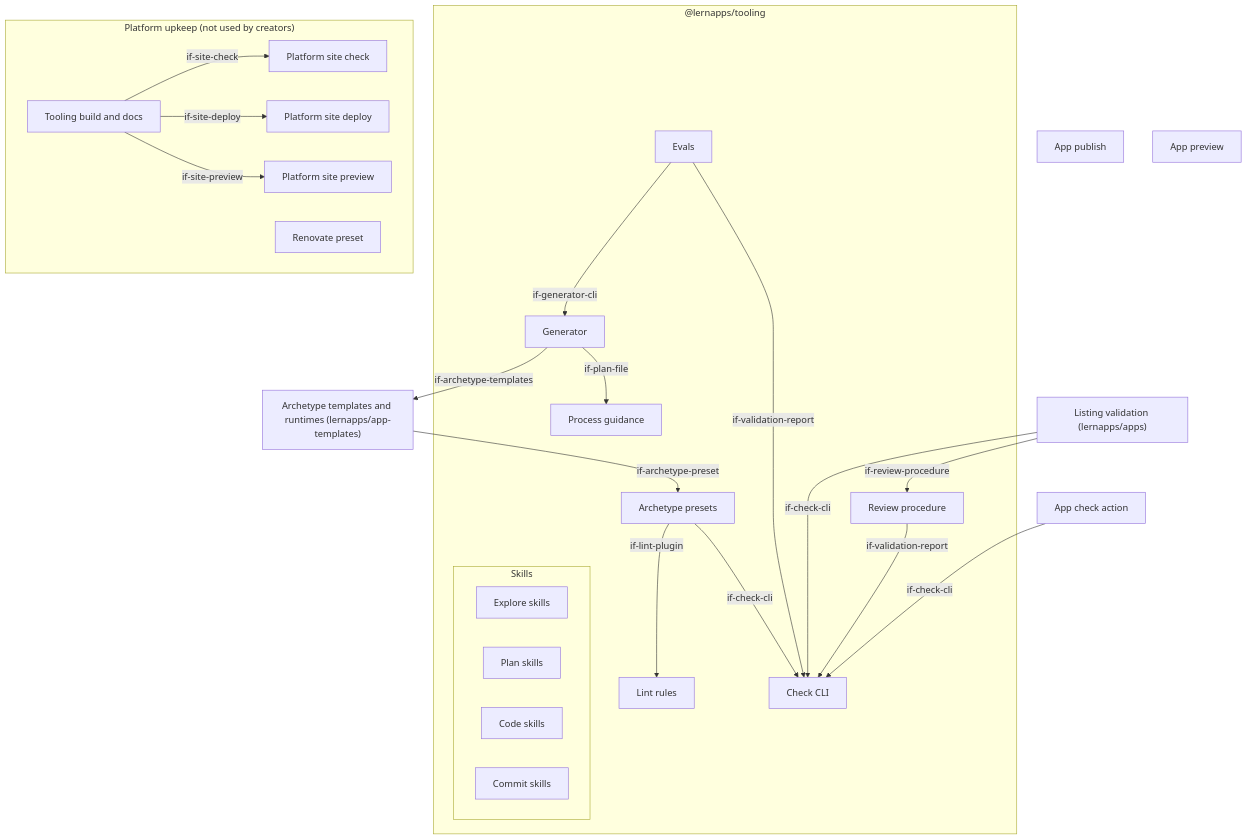
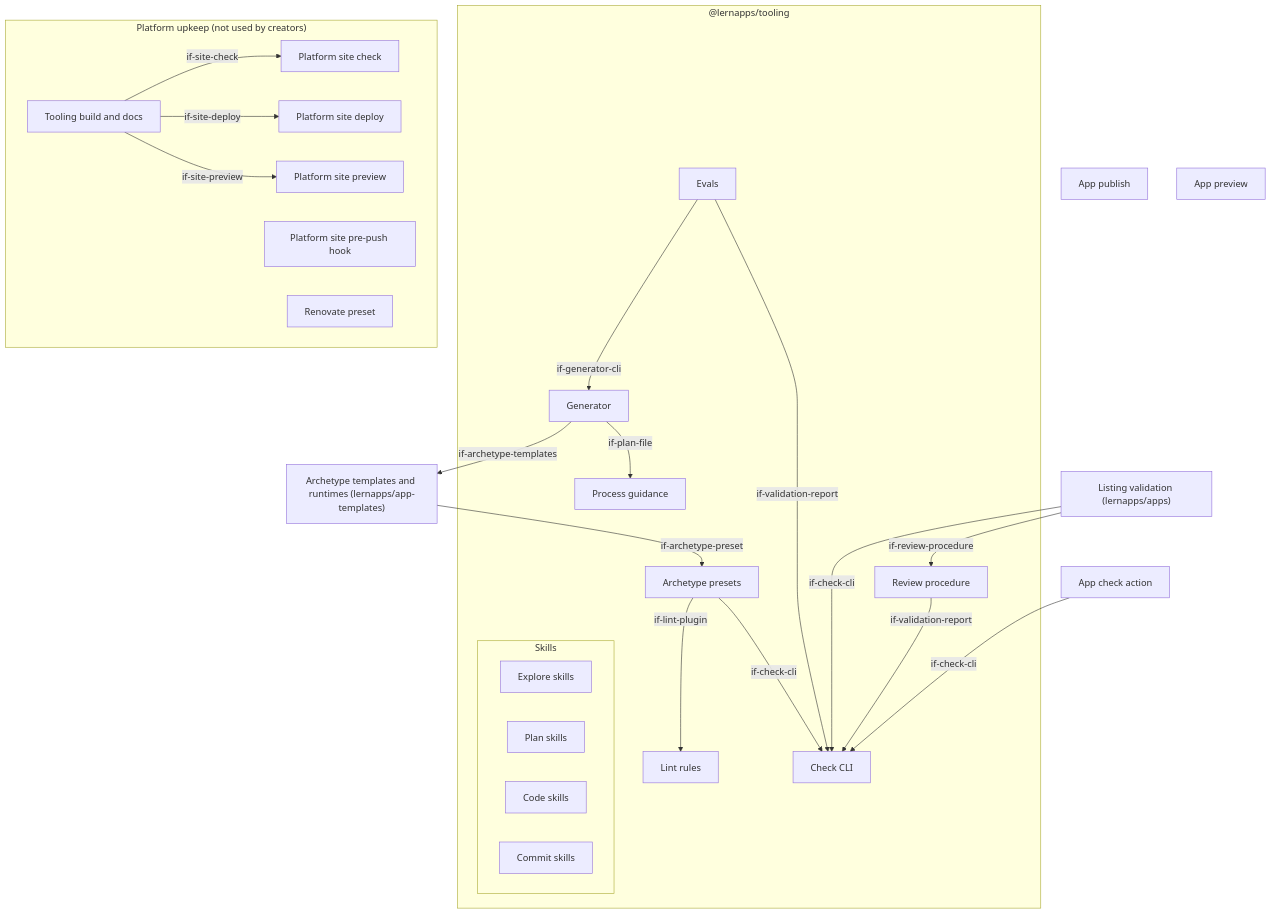
One commit to lernapps/tooling changed the first of 3 diagrams in docs/arc42/05-building-blocks.arc42.md. Above: the diagram before and after it, drawn with Mermaid. The commit also changed other lines of this file and 7 other files, not shown here.

First line of the commit message:
feat(changes): the pre-push hook of the platform sites, without git's GIT_* variables (#175)

````diff
--- a/docs/arc42/05-building-blocks.arc42.md
+++ b/docs/arc42/05-building-blocks.arc42.md
@@ -29,44 +29,45 @@
 ```mermaid
 flowchart TB
     subgraph bb-tooling-package["@lernapps/tooling"]
         bb-process-guidance["Process guidance"]
         subgraph bb-skills["Skills"]
             bb-skills-explore["Explore skills"]
             bb-skills-plan["Plan skills"]
             bb-skills-code["Code skills"]
             bb-skills-commit["Commit skills"]
         end
         bb-generator["Generator"]
         bb-archetypes["Archetype presets"]
         bb-lint-rules["Lint rules"]
         bb-check-cli["Check CLI"]
         bb-review-procedure["Review procedure"]
         bb-evals["Evals"]
     end
     bb-app-templates["Archetype templates and runtimes (lernapps/app-templates)"]
     bb-app-check-action["App check action"]
     bb-app-publish["App publish"]
     bb-app-preview["App preview"]
     subgraph bb-platform-upkeep["Platform upkeep (not used by creators)"]
         bb-tooling-build["Tooling build and docs"]
         bb-site-check["Platform site check"]
+        bb-site-pre-push["Platform site pre-push hook"]
         bb-site-deploy["Platform site deploy"]
         bb-site-preview["Platform site preview"]
         bb-renovate-preset["Renovate preset"]
     end
     bb-listing-validation["Listing validation (lernapps/apps)"]
     bb-generator -->|"if-archetype-templates"| bb-app-templates
     bb-generator -->|"if-plan-file"| bb-process-guidance
     bb-app-templates -->|"if-archetype-preset"| bb-archetypes
     bb-archetypes -->|"if-lint-plugin"| bb-lint-rules
     bb-archetypes -->|"if-check-cli"| bb-check-cli
     bb-app-check-action -->|"if-check-cli"| bb-check-cli
     bb-listing-validation -->|"if-check-cli"| bb-check-cli
     bb-listing-validation -->|"if-review-procedure"| bb-review-procedure
     bb-review-procedure -->|"if-validation-report"| bb-check-cli
     bb-evals -->|"if-generator-cli"| bb-generator
     bb-evals -->|"if-validation-report"| bb-check-cli
     bb-tooling-build -->|"if-site-check"| bb-site-check
     bb-tooling-build -->|"if-site-deploy"| bb-site-deploy
     bb-tooling-build -->|"if-site-preview"| bb-site-preview
 ```
````
